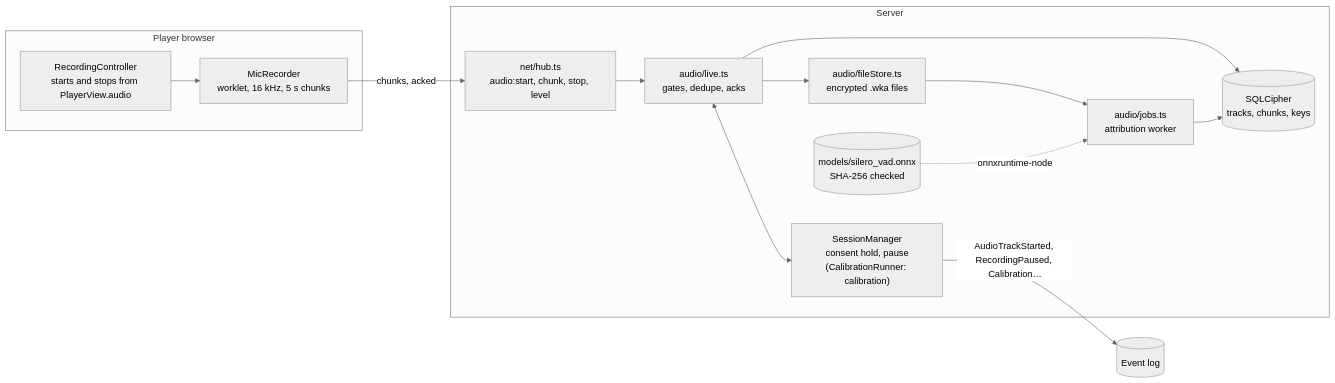
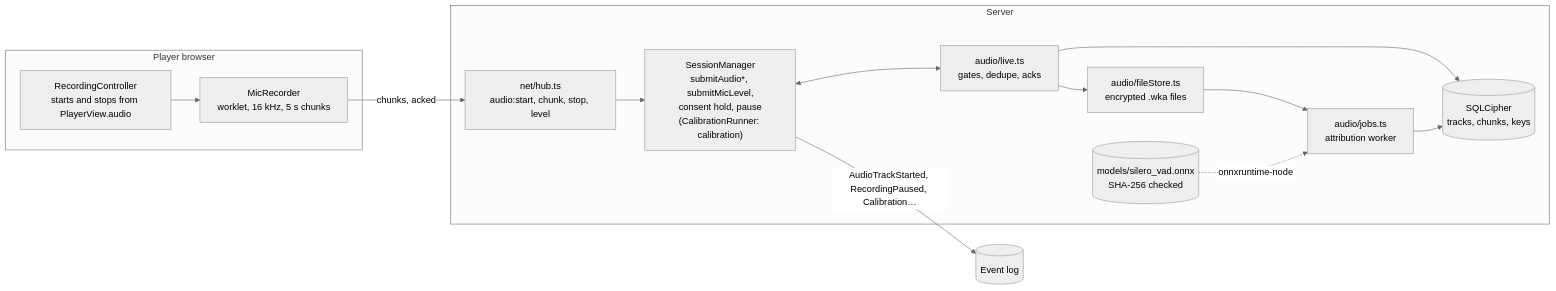
One commit to xy-zak/WhoKnowsWhoActs changed the ninth of 9 diagrams in docs/ARCHITECTURE.md. Above: the diagram before and after it, drawn with Mermaid (neutral theme). The commit also changed other lines of this file and 7 other files, not shown here.

First line of the commit message:
Session: SessionManager owns a session's live state; seat monitor

````diff
--- a/docs/ARCHITECTURE.md
+++ b/docs/ARCHITECTURE.md
@@ -656,26 +660,26 @@
 ```mermaid
 flowchart LR
   subgraph Browser["Player browser"]
     REC["RecordingController<br/>starts and stops from PlayerView.audio"]
     ENG["MicRecorder<br/>worklet, 16 kHz, 5 s chunks"]
     REC --> ENG
   end
   subgraph Server["Server"]
     HUB["net/hub.ts<br/>audio:start, chunk, stop, level"]
-    SM["SessionManager<br/>consent hold, pause<br/>(CalibrationRunner: calibration)"]
+    SM["SessionManager<br/>submitAudio*, submitMicLevel,<br/>consent hold, pause<br/>(CalibrationRunner: calibration)"]
     LIVE["audio/live.ts<br/>gates, dedupe, acks"]
     FS["audio/fileStore.ts<br/>encrypted .wka files"]
     DB[("SQLCipher<br/>tracks, chunks, keys")]
     JOB["audio/jobs.ts<br/>attribution worker"]
     VAD[("models/silero_vad.onnx<br/>SHA-256 checked")]
   end
   ENG -->|"chunks, acked"| HUB
-  HUB --> LIVE
-  LIVE <--> SM
+  HUB --> SM
+  SM <--> LIVE
   LIVE --> FS
   LIVE --> DB
   FS --> JOB
   VAD -.->|"onnxruntime-node"| JOB
   JOB --> DB
   SM -->|"AudioTrackStarted, RecordingPaused, Calibration…"| LOG[("Event log")]
 ```
````
